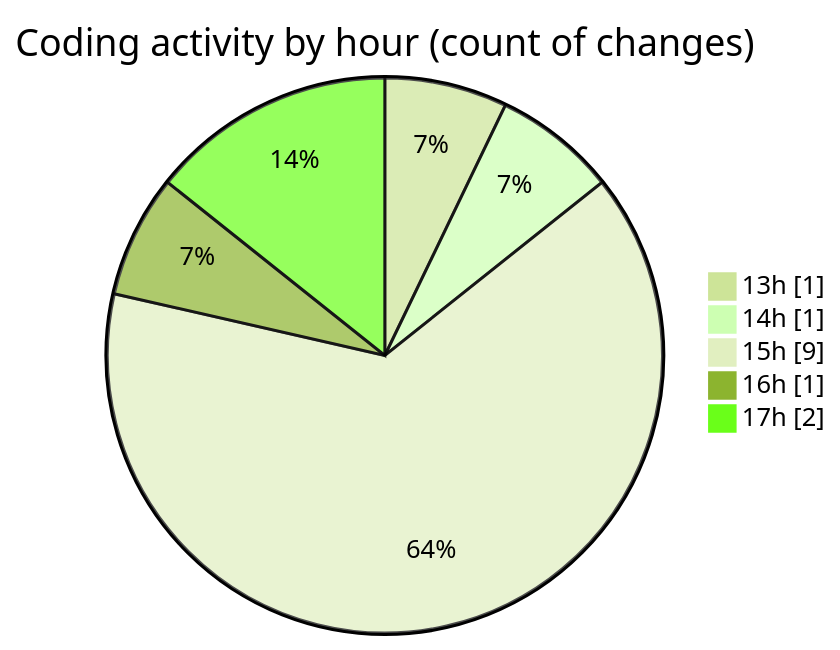
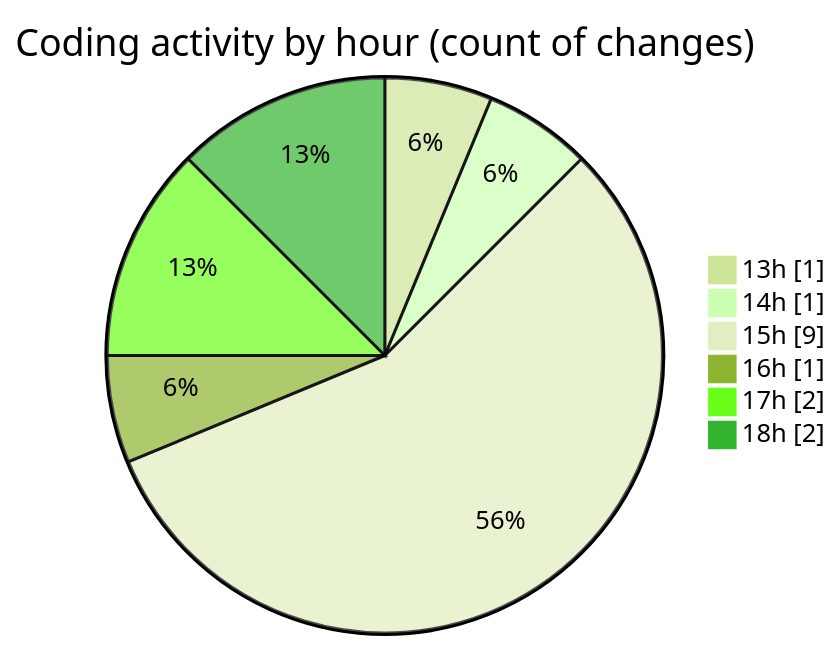
The second of 2 diagrams in 2026-07-06/nxtqube_webapp/README.md (nxtqubesakshisongat/code-tracking), drawn with Mermaid (forest theme) before and after one commit. The commit also changed other lines of this file and 1 other file, not shown here.

````diff
--- a/2026-07-06/nxtqube_webapp/README.md
+++ b/2026-07-06/nxtqube_webapp/README.md
@@ -33,9 +35,10 @@
 ```mermaid
 pie showData
 title Coding activity by hour (count of changes)
 "13h" : 1
 "14h" : 1
 "15h" : 9
 "16h" : 1
 "17h" : 2
+"18h" : 2
 ```
````
